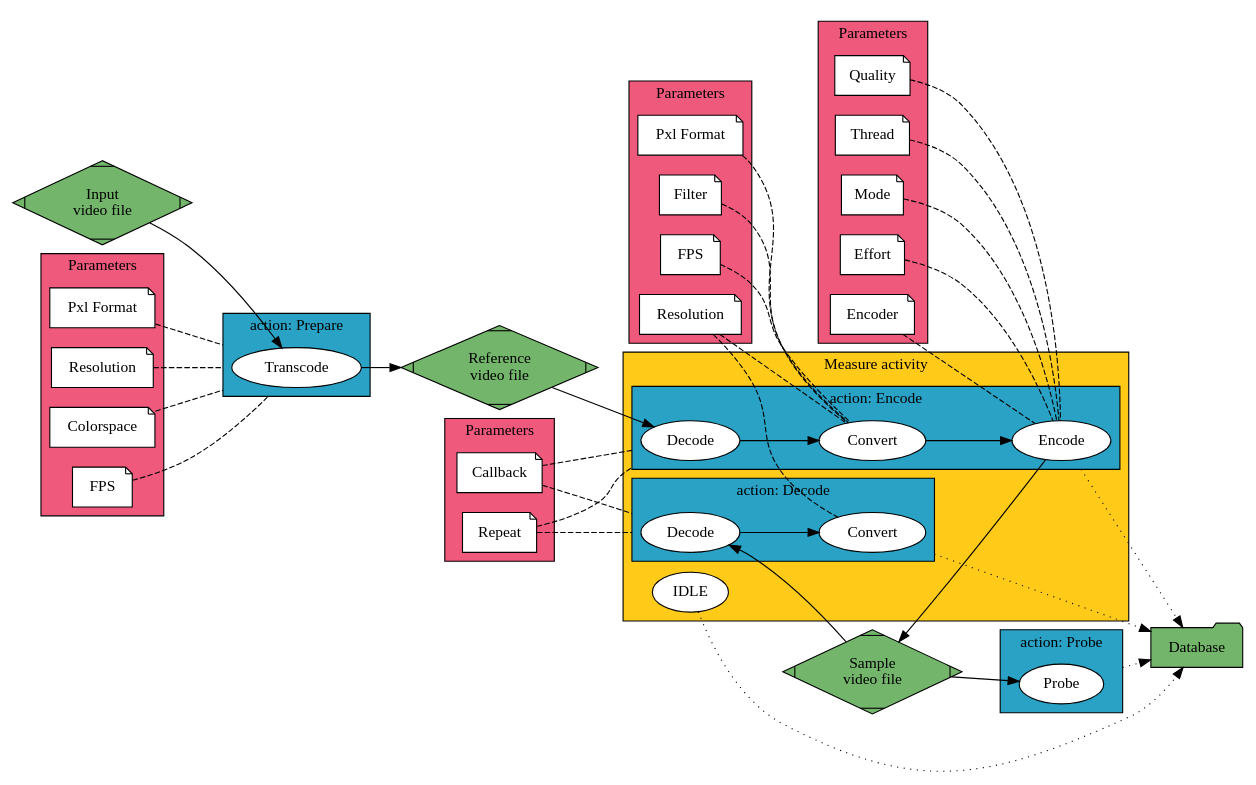
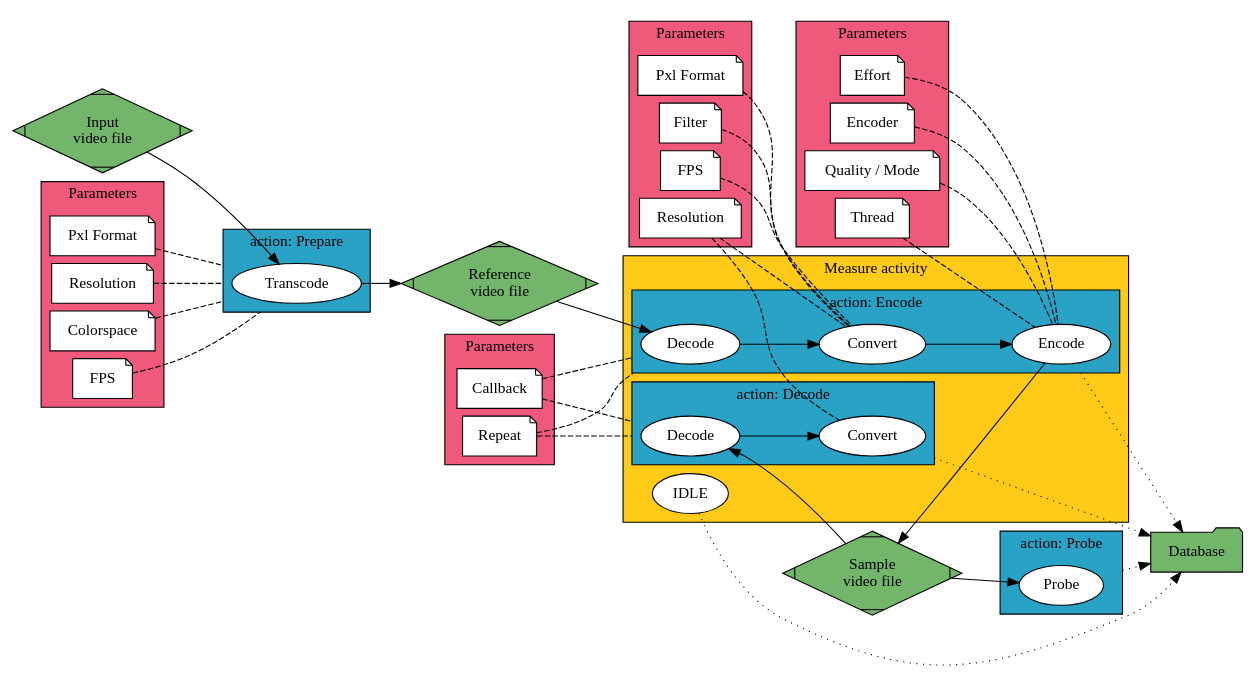
One commit to robinechuca/mendevi changed the diagram in docs/media/pipeline.dot. Above: the diagram before and after it, drawn with Graphviz. The commit also changed 1 other file, not shown here.

Commit message:
improve graphs

```diff
--- a/docs/media/pipeline.dot
+++ b/docs/media/pipeline.dot
@@ -1,117 +1,118 @@
 # dot -Tpdf pipeline.dot -o /tmp/pipeline.pdf && pdfcrop /tmp/pipeline.pdf pipeline.pdf
 # dot -Tsvg pipeline.dot > pipeline.svg
 digraph pipeline {
     rankdir=LR
+    nodesep=0.1
+    # ranksep=0.3
     compound=true
 
     # data
     src [label="Input\nvideo file" shape=Mdiamond style=filled fillcolor="#73b66b"]
     ref [label="Reference\nvideo file" shape=Mdiamond style=filled fillcolor="#73b66b"]
     dst [label="Sample\nvideo file" shape=Mdiamond style=filled fillcolor="#73b66b"]
 
     # parameters
     p_colorspace [label="Colorspace" shape=note style=filled fillcolor=white]
     p_fps [label="FPS" shape=note style=filled fillcolor=white]
     p_pxl [label="Pxl Format" shape=note style=filled fillcolor=white]
     p_resol [label="Resolution" shape=note style=filled fillcolor=white]
 
     c_fps [label="FPS" shape=note style=filled fillcolor=white]
     c_pxl [label="Pxl Format" shape=note style=filled fillcolor=white]
     c_resol [label="Resolution" shape=note style=filled fillcolor=white]
     c_filter [label="Filter" shape=note style=filled fillcolor=white]
 
     effort [label="Effort" shape=note style=filled fillcolor=white]
     encoder [label="Encoder" shape=note style=filled fillcolor=white]
-    quality [label="Quality" shape=note style=filled fillcolor=white]
+    quality_mode [label="Quality / Mode" shape=note style=filled fillcolor=white]
     thread [label="Thread" shape=note style=filled fillcolor=white]
-    mode_ [label="Mode" shape=note style=filled fillcolor=white]
 
     callback [label="Callback" shape=note style=filled fillcolor=white]
     repeat [label="Repeat" shape=note style=filled fillcolor=white]
 
     database [label="Database" shape=folder style=filled fillcolor="#73b66b"]
 
     # process
     prepare [label="Transcode" style=filled fillcolor=white]
     t_dec [label="Decode" style=filled fillcolor=white]
     t_convert [label="Convert" style=filled fillcolor=white]
     t_encode [label="Encode" style=filled fillcolor=white]
     decode [label="Decode" style=filled fillcolor=white]
     convert [label="Convert" style=filled fillcolor=white]
     probe [label="Probe" style=filled fillcolor=white]
     idle [label="IDLE" style=filled fillcolor=white]
 
     # blocs
     subgraph clus_prepare {
         cluster=true
         label="action: Prepare"
         bgcolor="#29a2c6"
         prepare
     }
     subgraph clus_energy {
         cluster=true
         label="Measure activity"
         bgcolor="#ffcb18"
         subgraph clus_encode {
             cluster=true
             label="action: Encode"
             bgcolor="#29a2c6"
             t_dec t_convert t_encode
         }
         subgraph clus_decode {
             cluster=true
             label="action: Decode"
             bgcolor="#29a2c6"
             decode convert
         }
         idle
     }
     subgraph clus_probe {
         cluster=true
         label="action: Probe"
         bgcolor="#29a2c6"
         probe
     }
 
     # parameters blocs
     subgraph clus_param_prepare {
         cluster=true
         label="Parameters"
         bgcolor="#ef597b"
         p_colorspace p_fps p_pxl p_resol
     }
     subgraph clus_param_convert {
         cluster=true
         label="Parameters"
         bgcolor="#ef597b"
         c_fps c_pxl c_resol c_filter
     }
     subgraph clus_param_encode {
         cluster=true
         label="Parameters"
         bgcolor="#ef597b"
-        effort encoder quality thread mode_
+        effort encoder quality_mode thread
     }
     subgraph clus_param_callback {
         cluster=true
         label="Parameters"
         bgcolor="#ef597b"
         callback repeat
     }
 
     # pipeline
     src -> prepare -> ref -> t_dec -> t_convert -> t_encode -> dst -> {decode, probe}
     decode -> convert
     idle -> database [style=dotted]
     t_encode -> database [ltail=clus_encode style=dotted]
     convert -> database [ltail=clus_decode style=dotted]
     probe -> database [ltail=clus_probe style=dotted]
 
     # arguments
     {p_colorspace p_fps p_pxl p_resol} -> prepare [lhead=clus_prepare arrowhead=none style=dashed]
     {c_fps c_pxl c_resol c_filter} -> t_convert [arrowhead=none style=dashed]
-    {effort encoder quality thread, mode_} -> t_encode [arrowhead=none style=dashed]
+    {effort encoder quality_mode thread} -> t_encode [arrowhead=none style=dashed]
     {callback repeat} -> t_dec [lhead=clus_encode arrowhead=none style=dashed]
     {callback repeat} -> decode [lhead=clus_decode arrowhead=none style=dashed]
     {c_resol} -> convert [arrowhead=none style=dashed]
 }
```
